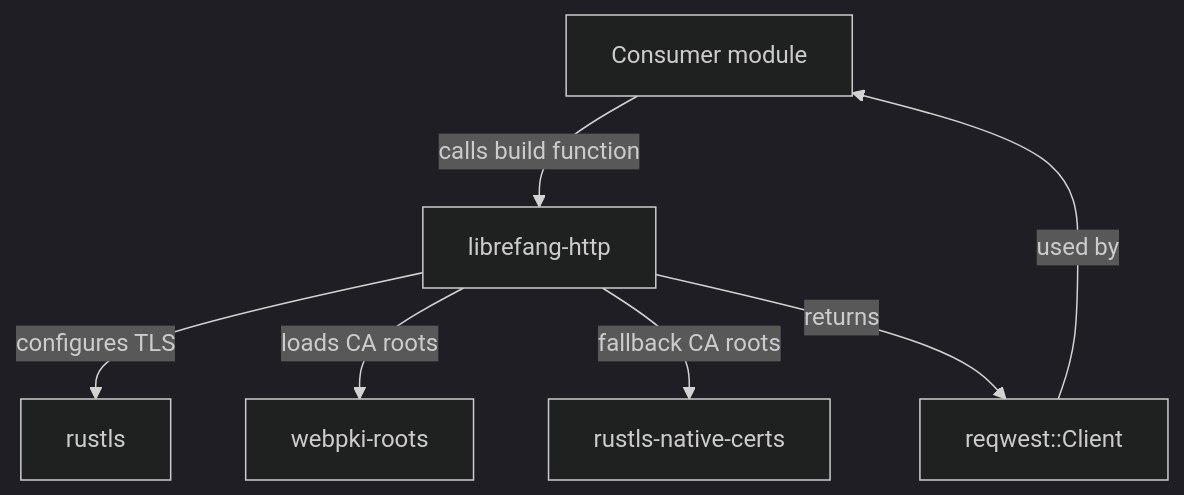
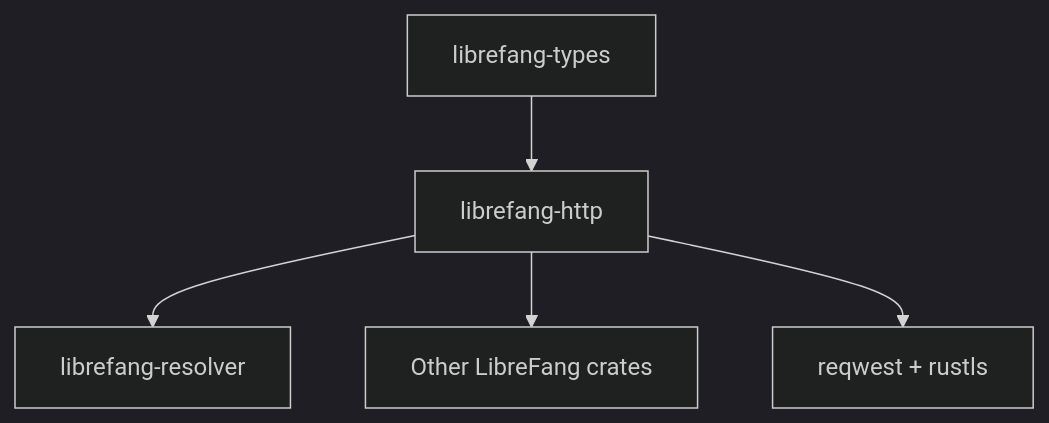
One commit to leszek3737/librefang-WIki changed the diagram in other-librefang-http.md. Above: the diagram before and after it, drawn with Mermaid (dark theme). The commit also changed other lines of this file and 125 other files, not shown here.

````diff
--- a/other-librefang-http.md
+++ b/other-librefang-http.md
@@ -13,9 +37,7 @@
 ```mermaid
 graph TD
-    A[Consumer module] -->|calls build function| B[librefang-http]
-    B -->|configures TLS| C[rustls]
-    B -->|loads CA roots| D[webpki-roots]
-    B -->|fallback CA roots| E[rustls-native-certs]
-    B -->|returns| F[reqwest::Client]
-    F -->|used by| A
+    A[librefang-types] --> B[librefang-http]
+    B --> C[librefang-resolver]
+    B --> D[Other LibreFang crates]
+    B --> E[reqwest + rustls]
 ```
````
